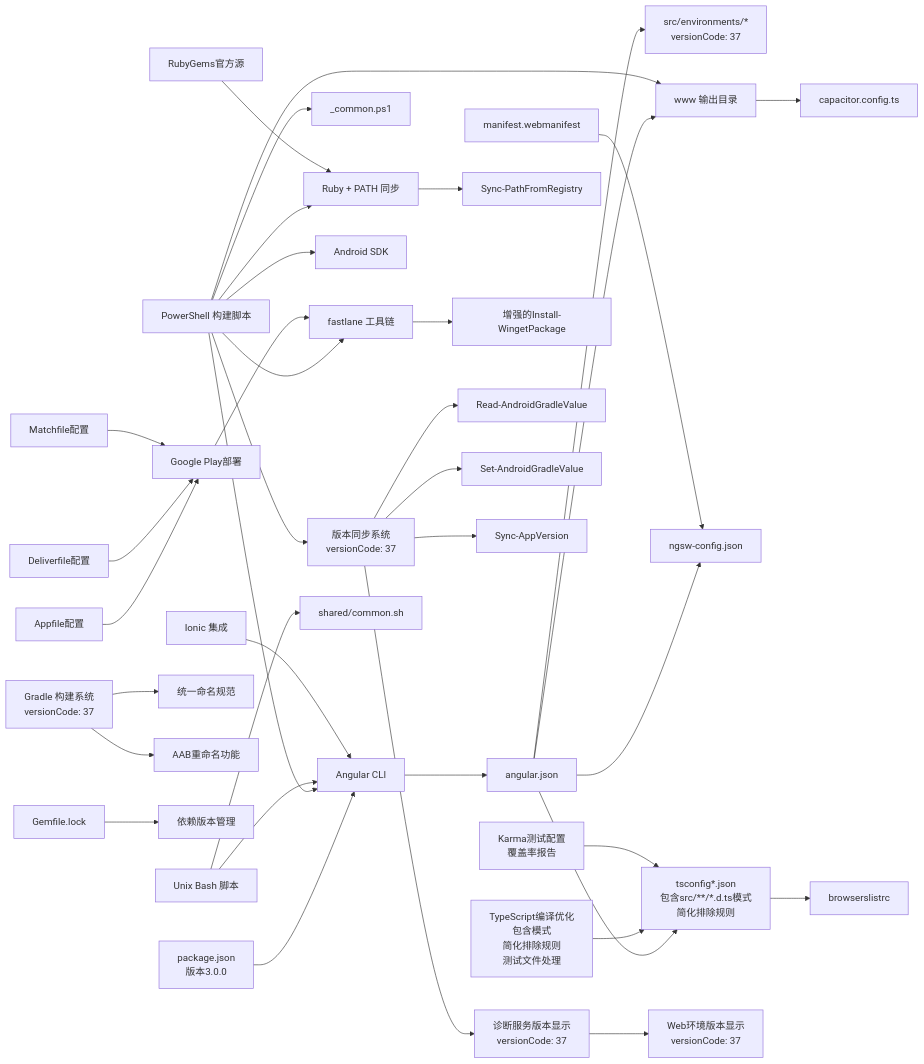
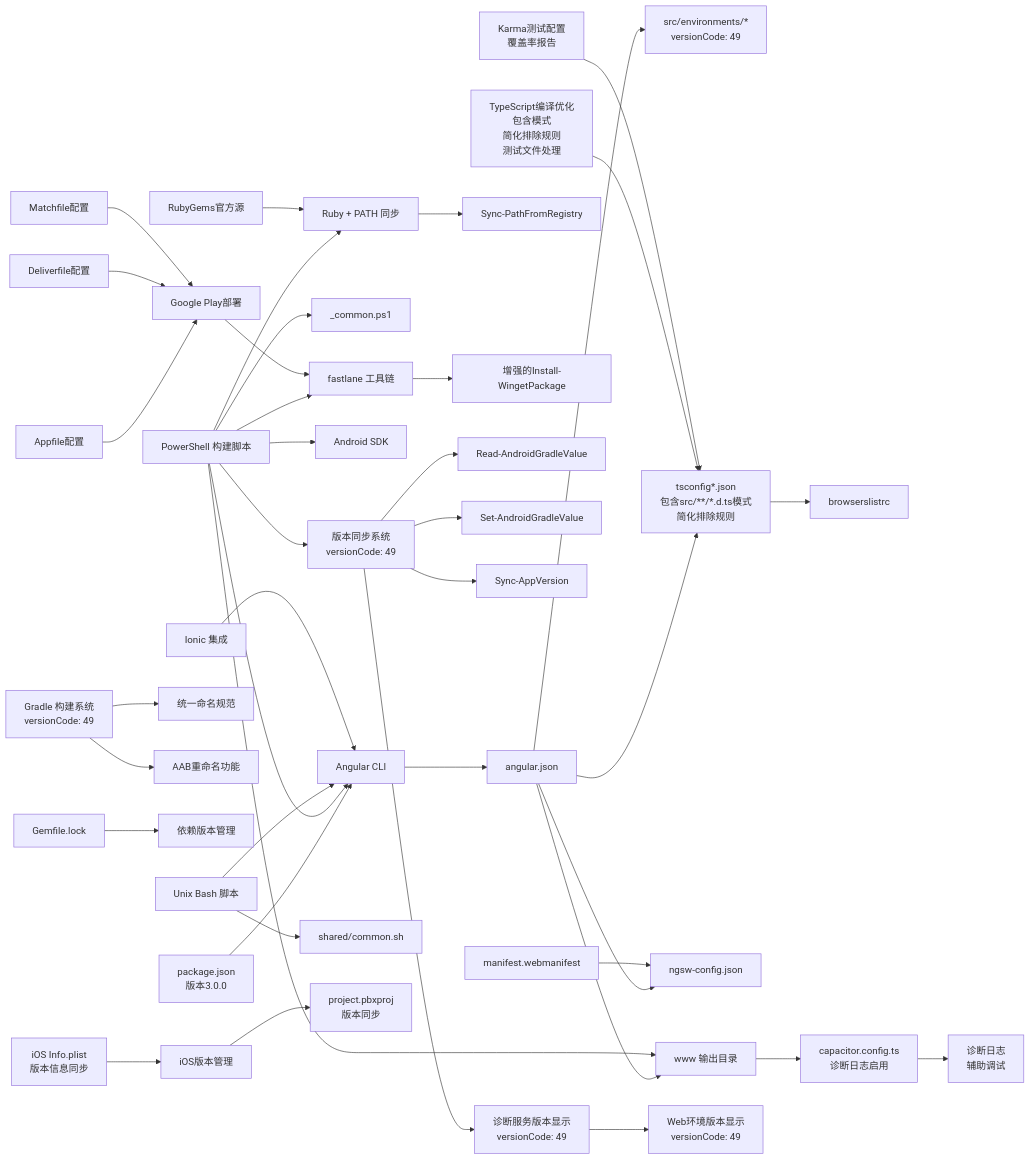
Before and after one commit to tea4go/Macro-Deck-Client-App: the sixth of 6 diagrams in .qoder/repowiki/zh/content/构建与部署/构建配置.md, drawn with Mermaid. The commit also changed other lines of this file and 45 other files, not shown here.

````diff
--- a/.qoder/repowiki/zh/content/构建与部署/构建配置.md
+++ b/.qoder/repowiki/zh/content/构建与部署/构建配置.md
@@ -1092,39 +1115,42 @@
 ```mermaid
 graph LR
 P["package.json<br/>版本3.0.0"] --> CLI["Angular CLI"]
 CLI --> CFG["angular.json"]
-CFG --> ENV["src/environments/*<br/>versionCode: 37"]
+CFG --> ENV["src/environments/*<br/>versionCode: 49"]
 CFG --> TS["tsconfig*.json<br/>包含src/**/*.d.ts模式<br/>简化排除规则"]
 TS --> BROWS["browserslistrc"]
 CFG --> SW["ngsw-config.json"]
 CFG --> WWW["www 输出目录"]
-WWW --> CAP["capacitor.config.ts"]
+WWW --> CAP["capacitor.config.ts<br/>诊断日志启用"]
+CAP --> DIAG["诊断日志<br/>辅助调试"]
 PS["PowerShell 构建脚本"] --> CLI
 PS --> COMMON["_common.ps1"]
 PS --> WWW
 PS --> FASTLANE["fastlane 工具链"]
 PS --> ANDROID["Android SDK"]
 PS --> RUBY["Ruby + PATH 同步"]
-PS --> VERSIONSYNC["版本同步系统<br/>versionCode: 37"]
+PS --> VERSIONSYNC["版本同步系统<br/>versionCode: 49"]
 UNIX["Unix Bash 脚本"] --> COMMON2["shared/common.sh"]
 UNIX --> CLI
 MAN["manifest.webmanifest"] --> SW
 IONIC["Ionic 集成"] --> CLI
 RUBY --> SYNC["Sync-PathFromRegistry"]
 FASTLANE --> WINGET["增强的Install-WingetPackage"]
-GRADLE["Gradle 构建系统<br/>versionCode: 37"] --> NAMING["统一命名规范"]
+GRADLE["Gradle 构建系统<br/>versionCode: 49"] --> NAMING["统一命名规范"]
 GRADLE --> AABRENAME["AAB重命名功能"]
 GEMLOCK["Gemfile.lock"] --> DEPS["依赖版本管理"]
 PLAYSTORE["Google Play部署"] --> FASTLANE
 APPFILE["Appfile配置"] --> PLAYSTORE
 DELIVER["Deliverfile配置"] --> PLAYSTORE
 MATCH["Matchfile配置"] --> PLAYSTORE
 RUBYGEMS["RubyGems官方源"] --> RUBY
 VERSIONSYNC --> READGRADLE["Read-AndroidGradleValue"]
 VERSIONSYNC --> SETGRADLE["Set-AndroidGradleValue"]
 VERSIONSYNC --> SYNCAPP["Sync-AppVersion"]
-VERSIONSYNC --> DIAGNOSTIC["诊断服务版本显示<br/>versionCode: 37"]
-DIAGNOSTIC --> WEBENV["Web环境版本显示<br/>versionCode: 37"]
+VERSIONSYNC --> DIAGNOSTIC["诊断服务版本显示<br/>versionCode: 49"]
+DIAGNOSTIC --> WEBENV["Web环境版本显示<br/>versionCode: 49"]
 TSOPTIMIZATION["TypeScript编译优化<br/>包含模式<br/>简化排除规则<br/>测试文件处理"] --> TS
 KARMA["Karma测试配置<br/>覆盖率报告"] --> TS
+IOSINFO["iOS Info.plist<br/>版本信息同步"] --> IOSVER["iOS版本管理"]
+IOSVER --> PROJECTPBX["project.pbxproj<br/>版本同步"]
 ```
````
